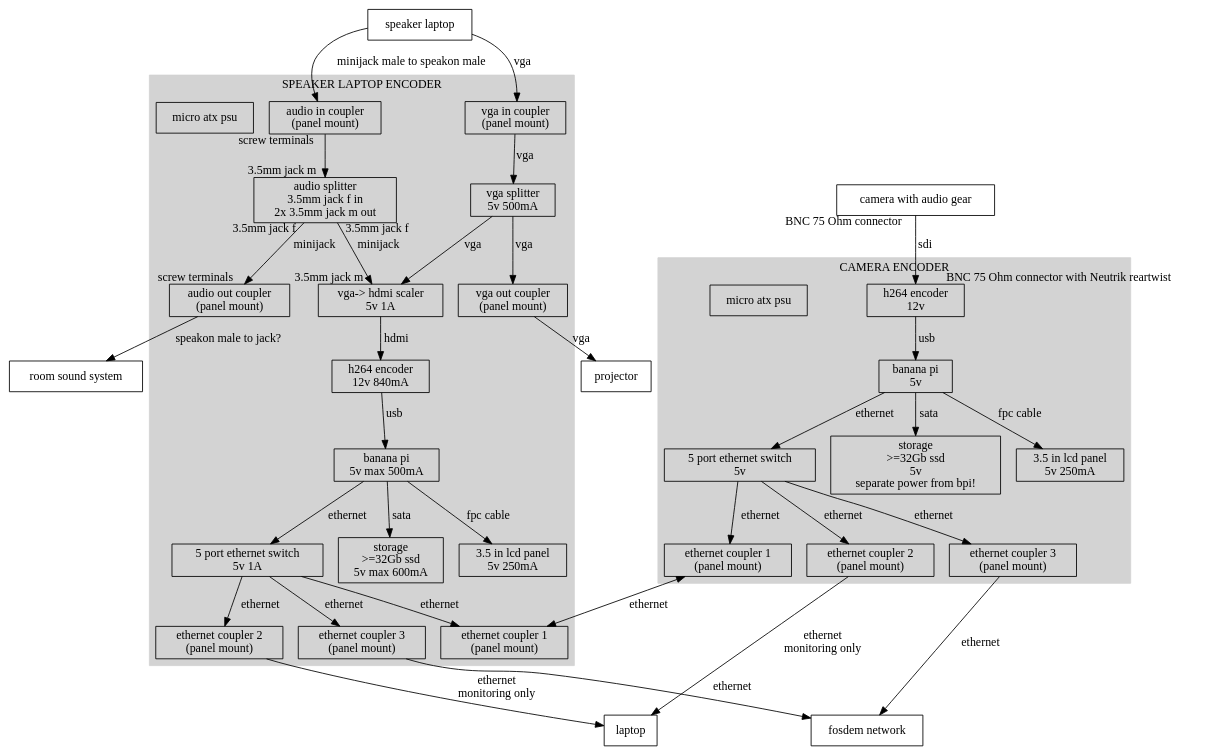
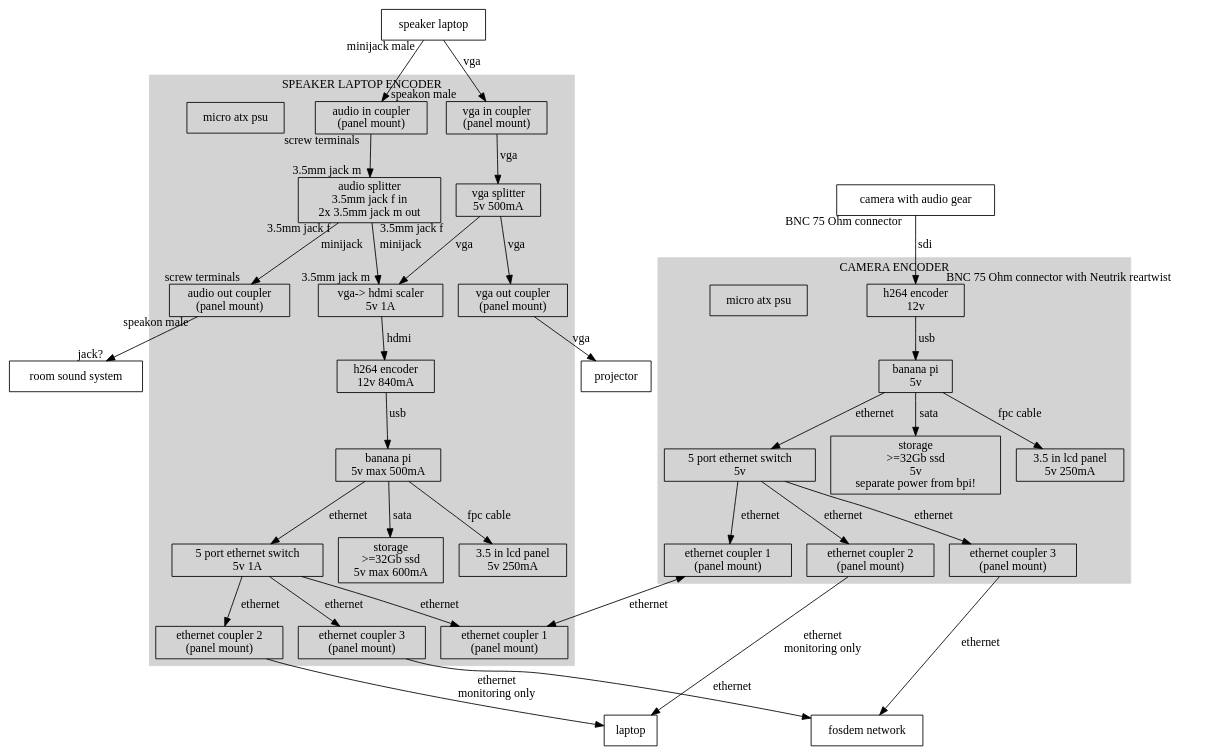
The diagram in videobox.dot (markvdb/fosdemvideobox), drawn with Graphviz before and after one commit. The commit also changed 1 other file, not shown here.

Commit message:
diagram audio cable fix; case design panel mount couplers added

```diff
--- a/videobox.dot
+++ b/videobox.dot
@@ -1,83 +1,83 @@
 digraph G {
 	concentrate=true;
 	node [shape=box];
 	speaker_laptop [label="speaker laptop"];
 	camera_with_audio_gear [label="camera with audio gear"];
 	room_sound_system [label="room sound system"];
 	inet [label="fosdem network"];
 
 	subgraph cluster_speaker {
 		style=filled;
 		color=lightgrey;
 		node [style=filled];
 		//parts
 		cluster_speaker_vga_in [label="vga in coupler\n(panel mount)", URL="http://eu.mouser.com/ProductDetail/Switchcraft/EHHD15FF/?qs=gNS5EA6ck2a8z5%2F0XaeFOw%3D%3D"];
 		cluster_speaker_vga_out [label="vga out coupler\n(panel mount)", URL="http://eu.mouser.com/ProductDetail/Switchcraft/EHHD15FF/?qs=gNS5EA6ck2a8z5%2F0XaeFOw%3D%3D"];
 		cluster_speaker_audio_in [label="audio in coupler\n(panel mount)", URL="http://www.bax-shop.nl/luidspreker-pluggen/neutrik-nl4mp-st-speakon-4-polig-chassisdeel-male/product-details.html"];
 		cluster_speaker_audio_out [label="audio out coupler\n(panel mount)", URL="http://www.bax-shop.nl/luidspreker-pluggen/neutrik-nl4mp-st-speakon-4-polig-chassisdeel-male/product-details.html"];
 		cluster_speaker_audio_splitter [label="audio splitter\n3.5mm jack f in\n2x 3.5mm jack m out", URL=""];
 		cluster_speaker_vga_splitter [label="vga splitter\n5v 500mA", URL="http://www.lindy.co.uk/audio-video-c2/splitters-c159/vga-c160/2-port-vga-splitter-150mhz-p6701"];
 		cluster_speaker_vgahdmi [label="vga-> hdmi scaler\n5v 1A", URL="http://www.lenkeng.com/china/showproduct.asp?id=153"];
 		cluster_speaker_h264 [label="h264 encoder\n12v 840mA", URL="https://www.blackmagicdesign.com/products/h264prorecorder/techspecs/"];
 		cluster_speaker_bpi [label="banana pi\n5v max 500mA", URL="http://www.bananapi.org/p/product.html"];
 		cluster_speaker_switch [label="5 port ethernet switch\n5v 1A" URL="http://us.dlink.com/wp-content/uploads/2014/03/GO-SW-8G_REVC_DATASHEET_1.00_EN.pdf"];
 		cluster_speaker_switch_1 [label="ethernet coupler 1\n(panel mount)", URL="http://www.alibaba.com/product-detail/Panel-mount-Screw-lock-Cat5e-Coupler_1799594993.html"];
 		cluster_speaker_switch_2 [label="ethernet coupler 2\n(panel mount)", URL="http://www.alibaba.com/product-detail/Panel-mount-Screw-lock-Cat5e-Coupler_1799594993.html"];
 		cluster_speaker_switch_3 [label="ethernet coupler 3\n(panel mount)", URL="http://www.alibaba.com/product-detail/Panel-mount-Screw-lock-Cat5e-Coupler_1799594993.html"];
 		cluster_speaker_storage [label="storage\n>=32Gb ssd\n5v max 600mA"];
 		cluster_speaker_monitoring_panel [label="3.5 in lcd panel\n5v 250mA", URL="http://embeddedcomputer.nl/banana-pi-14/banana-pi-3-5-lcd-screen.html"];
 		cluster_psu [label="micro atx psu", URL="http://www.lc-power.com/produkte/netzteile/micro-atx/lc380m-v22"];
 		//internal cabling
 		cluster_speaker_vga_in -> cluster_speaker_vga_splitter [label="vga"];
 		cluster_speaker_vga_splitter -> cluster_speaker_vga_out [label="vga"];
 		cluster_speaker_vga_splitter -> cluster_speaker_vgahdmi [label="vga"];
 		cluster_speaker_audio_in -> cluster_speaker_audio_splitter [taillabel="screw terminals", headlabel="3.5mm jack m"];
 		cluster_speaker_audio_splitter -> cluster_speaker_vgahdmi [label="minijack", taillabel="3.5mm jack f", headlabel="3.5mm jack m"];
 		cluster_speaker_audio_splitter -> cluster_speaker_audio_out [label="minijack", taillabel="3.5mm jack f", headlabel="screw terminals"];
 		cluster_speaker_vgahdmi -> cluster_speaker_h264 [label="hdmi"];
 		cluster_speaker_h264 -> cluster_speaker_bpi [label="usb"];
 		cluster_speaker_bpi -> cluster_speaker_switch [label="ethernet"];
 		cluster_speaker_bpi -> cluster_speaker_storage [label="sata"];
 		cluster_speaker_bpi -> cluster_speaker_monitoring_panel [label="fpc cable"];
 		cluster_speaker_switch -> cluster_speaker_switch_1 [label="ethernet"];
 		cluster_speaker_switch -> cluster_speaker_switch_2 [label="ethernet"];
 		cluster_speaker_switch -> cluster_speaker_switch_3 [label="ethernet"];
 		label = "SPEAKER LAPTOP ENCODER";
 	}
 
 	subgraph cluster_camera {
 		style=filled;
 		color=lightgrey;
 		node [style=filled];
 		//parts
 		cluster_camera_h264 [label="h264 encoder\n12v", URL="https://www.blackmagicdesign.com/products/h264prorecorder/techspecs/"];
 		cluster_camera_bpi [label="banana pi\n5v", URL="http://www.bananapi.org/p/product.html"];
 		cluster_camera_switch [label="5 port ethernet switch\n5v", URL="http://us.dlink.com/wp-content/uploads/2014/03/GO-SW-8G_REVC_DATASHEET_1.00_EN.pdf"];
 		cluster_camera_switch_1 [label="ethernet coupler 1\n(panel mount)", URL="http://www.alibaba.com/product-detail/Panel-mount-Screw-lock-Cat5e-Coupler_1799594993.html"];
 		cluster_camera_switch_2 [label="ethernet coupler 2\n(panel mount)", URL="http://www.alibaba.com/product-detail/Panel-mount-Screw-lock-Cat5e-Coupler_1799594993.html"];
 		cluster_camera_switch_3 [label="ethernet coupler 3\n(panel mount)", URL="http://www.alibaba.com/product-detail/Panel-mount-Screw-lock-Cat5e-Coupler_1799594993.html"];
 		cluster_camera_storage [label="storage\n>=32Gb ssd\n5v\nseparate power from bpi!"];
 		cluster_camera_monitoring_panel [label="3.5 in lcd panel\n5v 250mA", URL="http://embeddedcomputer.nl/banana-pi-14/banana-pi-3-5-lcd-screen.html"];
 		cluster_camera_psu [label="micro atx psu", URL="http://www.lc-power.com/produkte/netzteile/micro-atx/lc380m-v22"];
 		//internal cabling
 		cluster_camera_h264 -> cluster_camera_bpi [label="usb"];
 		cluster_camera_bpi -> cluster_camera_switch [label="ethernet"];
 		cluster_camera_bpi -> cluster_camera_storage [label="sata"];
 		cluster_camera_bpi -> cluster_camera_monitoring_panel [label="fpc cable"];
 		cluster_camera_switch -> cluster_camera_switch_1 [label="ethernet"];
 		cluster_camera_switch -> cluster_camera_switch_2 [label="ethernet"];
 		cluster_camera_switch -> cluster_camera_switch_3 [label="ethernet"];
 		label = "CAMERA ENCODER";
 	}
 
 	camera_with_audio_gear -> cluster_camera_h264 [label = "sdi", taillabel="BNC 75 Ohm connector", headlabel="BNC 75 Ohm connector with Neutrik reartwist"];
 	cluster_camera_switch_1 -> cluster_speaker_switch_1 [dir="both", label="ethernet"];
 	cluster_camera_switch_2 -> laptop [label= "ethernet\nmonitoring only"];
         cluster_camera_switch_3 -> inet [label="ethernet"];
 	cluster_speaker_switch_2 -> laptop [label= "ethernet\nmonitoring only"];
 	cluster_speaker_switch_3 -> inet [label="ethernet"];
 	speaker_laptop -> cluster_speaker_vga_in [label = "vga"];
         cluster_speaker_vga_out -> projector [label = "vga"];
-	speaker_laptop -> cluster_speaker_audio_in [label= "minijack male to speakon male"];
-	cluster_speaker_audio_out -> room_sound_system [label="speakon male to jack?"];
+	speaker_laptop -> cluster_speaker_audio_in [taillabel= "minijack male", headlabel="speakon male"];
+	cluster_speaker_audio_out -> room_sound_system [taillabel="speakon male", headlabel="jack?"];
 }
```
